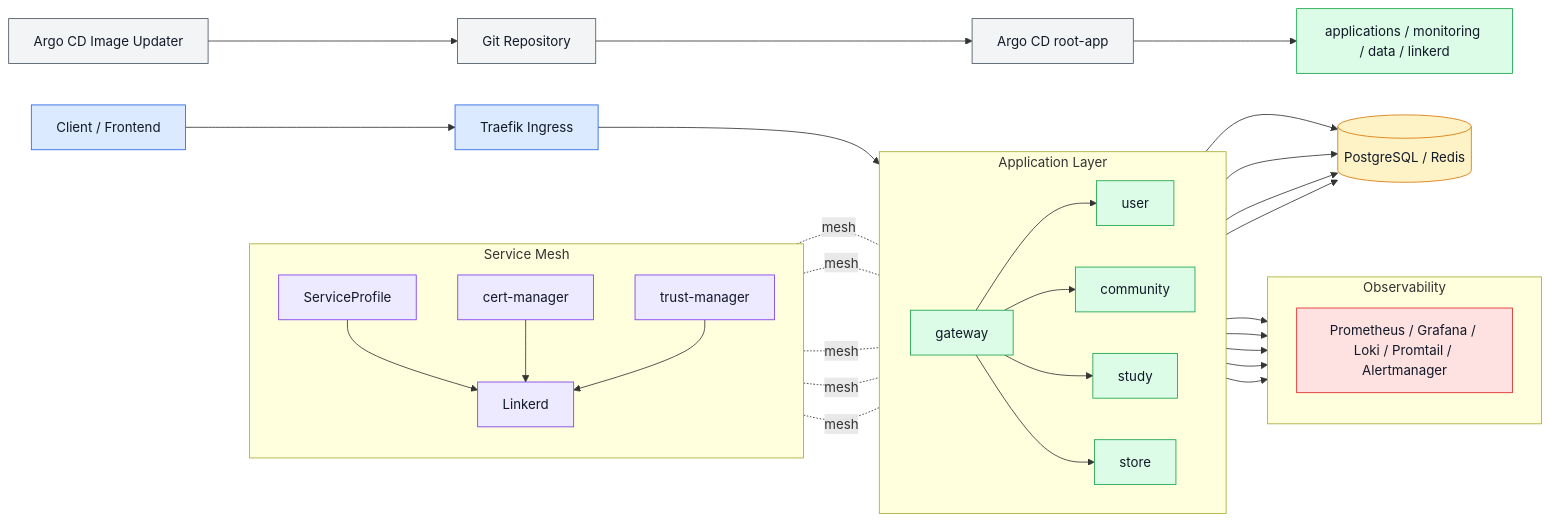
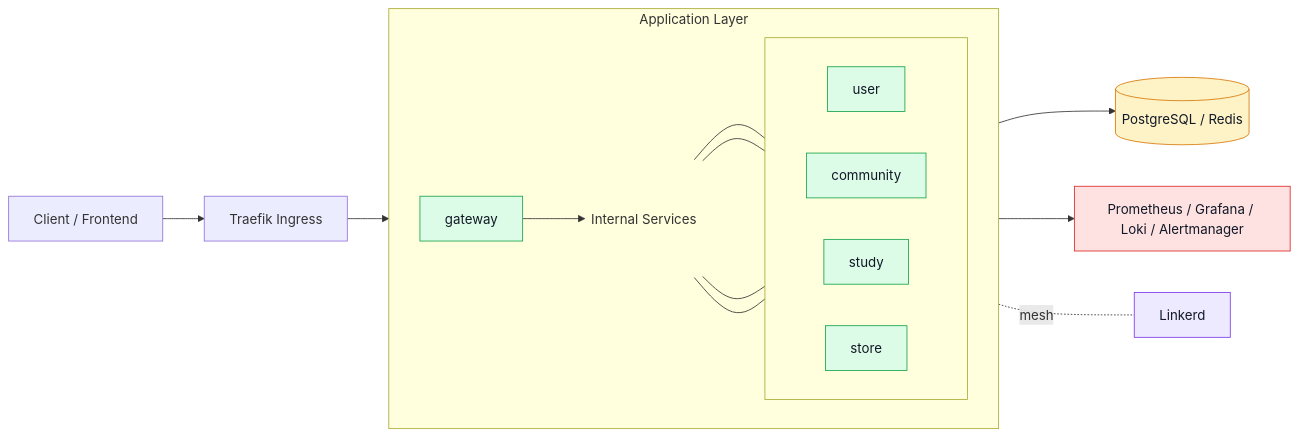
The diagram in README.md (checkMateit/checkmate-kubernetes), drawn with Mermaid before and after one commit.

````diff
--- a/README.md
+++ b/README.md
@@ -16,70 +16,41 @@
 ```mermaid
 flowchart LR
-    classDef gitops fill:#f3f4f6,stroke:#4b5563,color:#111827,stroke-width:1px;
-    classDef ingress fill:#dbeafe,stroke:#2563eb,color:#111827,stroke-width:1px;
     classDef app fill:#dcfce7,stroke:#16a34a,color:#111827,stroke-width:1px;
     classDef data fill:#fef3c7,stroke:#d97706,color:#111827,stroke-width:1px;
     classDef mesh fill:#ede9fe,stroke:#7c3aed,color:#111827,stroke-width:1px;
     classDef obs fill:#fee2e2,stroke:#dc2626,color:#111827,stroke-width:1px;
 
-    %% GitOps
-    Repo[Git Repository] --> ArgoCD[Argo CD root-app]
-    ImageUpdater[Argo CD Image Updater] --> Repo
-    ArgoCD --> Platform[applications / monitoring / data / linkerd]
-
     %% Ingress
     Client[Client / Frontend] --> Traefik[Traefik Ingress]
     Traefik --> Gateway[gateway]
 
-    %% Application Layer (가로)
+    %% Application Layer
     subgraph App["Application Layer"]
         direction LR
-        Gateway --> User[user]
-        Gateway --> Community[community]
-        Gateway --> Study[study]
-        Gateway --> Store[store]
+        Gateway --> ServicesAnchor((Internal Services))
+
+        subgraph Services[" "]
+            direction LR
+            User[user]
+            Community[community]
+            Study[study]
+            Store[store]
+        end
+
+        ServicesAnchor --- User
+        ServicesAnchor --- Community
+        ServicesAnchor --- Study
+        ServicesAnchor --- Store
     end
 
-    %% Data
-    User --> DataStore[(PostgreSQL / Redis)]
-    Community --> DataStore
-    Study --> DataStore
-    Store --> DataStore
+    %% External Connections (단일 선)
+    ServicesAnchor --> DataStore[(PostgreSQL / Redis)]
+    ServicesAnchor --> Monitoring[Prometheus / Grafana / Loki / Alertmanager]
+    ServicesAnchor -. mesh .- Linkerd[Linkerd]
 
-    %% Service Mesh
-    subgraph Mesh["Service Mesh"]
-        direction TB
-        Linkerd[Linkerd]
-        ServiceProfile[ServiceProfile]
-        CertManager[cert-manager]
-        TrustManager[trust-manager]
-        ServiceProfile --> Linkerd
-        CertManager --> Linkerd
-        TrustManager --> Linkerd
-    end
-
-    Linkerd -. mesh .- Gateway
-    Linkerd -. mesh .- User
-    Linkerd -. mesh .- Community
-    Linkerd -. mesh .- Study
-    Linkerd -. mesh .- Store
-
-    %% Observability
-    subgraph Obs["Observability"]
-        direction TB
-        Monitoring[Prometheus / Grafana / Loki / Promtail / Alertmanager]
-    end
-
-    Gateway --> Monitoring
-    User --> Monitoring
-    Community --> Monitoring
-    Study --> Monitoring
-    Store --> Monitoring
-
-    class Repo,ImageUpdater,ArgoCD gitops;
-    class Client,Traefik ingress;
-    class Gateway,User,Community,Study,Store,Platform app;
+    class Gateway,User,Community,Study,Store app;
     class DataStore data;
-    class Linkerd,ServiceProfile,CertManager,TrustManager mesh;
+    class Linkerd mesh;
     class Monitoring obs;
+    style ServicesAnchor fill:transparent,stroke:transparent;
 ```
````
